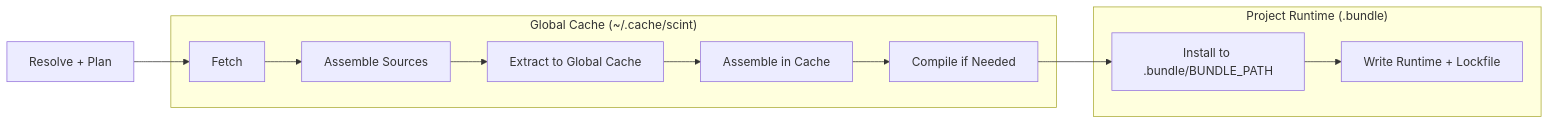
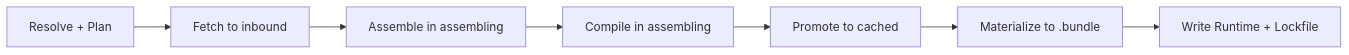
One commit to tobi/scint changed the first of 3 diagrams in README.md. Above: the diagram before and after it, drawn with Mermaid. The commit also changed other lines of this file and 1 other file, not shown here.

Commit message:
docs: define target cache architecture and cleanup plan

````diff
--- a/README.md
+++ b/README.md
@@ -90,23 +98,9 @@
 ```mermaid
 flowchart LR
-    A[Resolve + Plan] --> B[Fetch]
-    B --> C[Assemble Sources]
-    C --> D[Extract to Global Cache]
-    D --> E[Assemble in Cache]
-    E --> F[Compile if Needed]
-    F --> G[Install to .bundle/BUNDLE_PATH]
-    G --> H[Write Runtime + Lockfile]
-
-    subgraph GC["Global Cache (~/.cache/scint)"]
-      B
-      C
-      D
-      E
-      F
-    end
-
-    subgraph PR["Project Runtime (.bundle)"]
-      G
-      H
-    end
+    A[Resolve + Plan] --> B[Fetch to inbound]
+    B --> C[Assemble in assembling]
+    C --> D[Compile in assembling]
+    D --> E[Promote to cached]
+    E --> F[Materialize to .bundle]
+    F --> G[Write Runtime + Lockfile]
 ```
````
